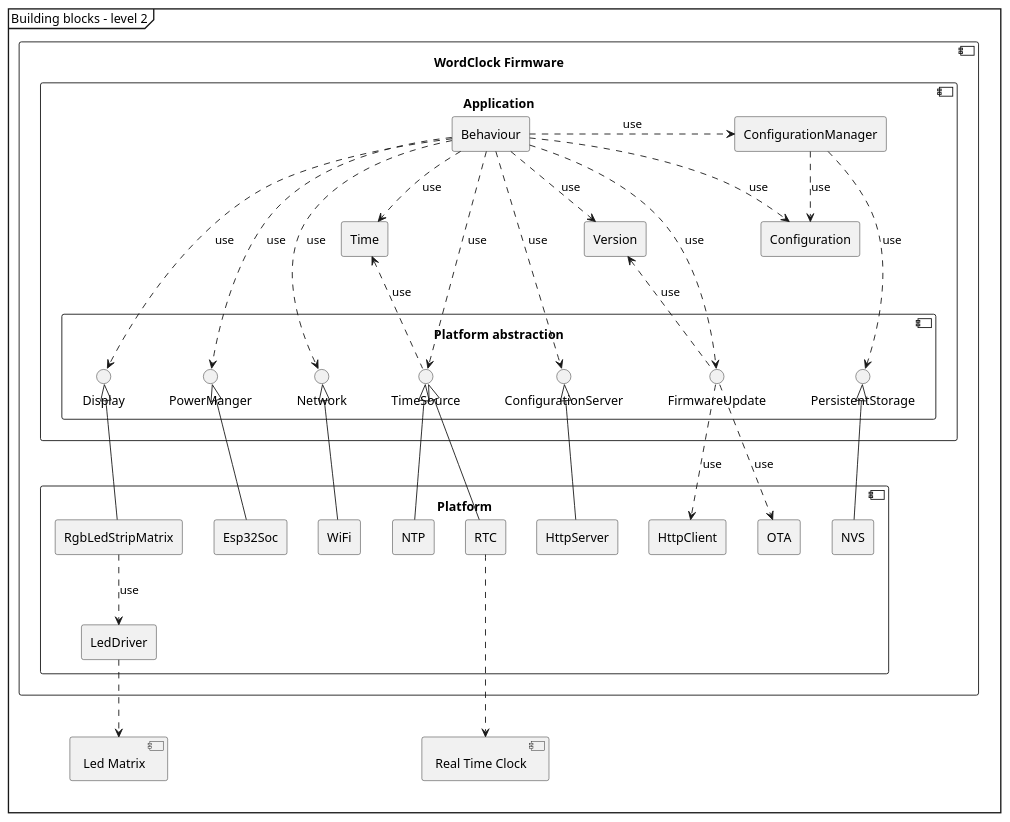
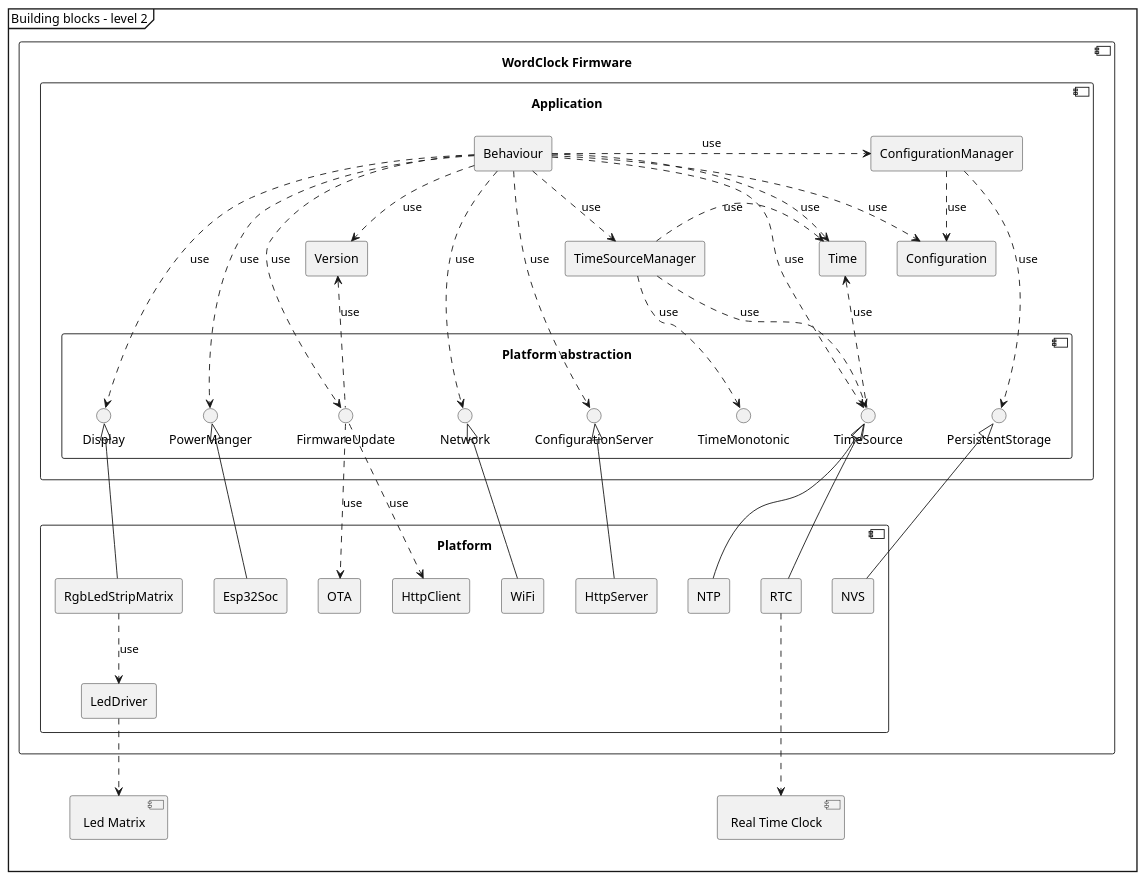
Before and after one commit to lmayencourt/wordclock: the diagram in doc/uml/2_solution_description/system_structure/building_blocks_lvl_2.puml, drawn with PlantUML. The commit also changed 6 other files, not shown here.

First line of the commit message:
Add time source manager

```diff
--- a/doc/uml/2_solution_description/system_structure/building_blocks_lvl_2.puml
+++ b/doc/uml/2_solution_description/system_structure/building_blocks_lvl_2.puml
@@ -1,69 +1,75 @@
 @startuml
 mainframe Building blocks - level 2
 
 component "WordClock Firmware" as clk_fw{
     component Application {
         rectangle Behaviour
         rectangle Configuration
         rectangle ConfigurationManager
         rectangle Version
+        rectangle TimeSourceManager
         rectangle Time
 
         component "Platform abstraction" as pal {
             interface Display
             interface PersistentStorage
             interface PowerManger
             interface Network
+            interface TimeMonotonic
             interface TimeSource
             interface FirmwareUpdate
             interface ConfigurationServer
         }
     }
 
     component Platform {
         rectangle Esp32Soc
         rectangle RgbLedStripMatrix
         rectangle LedDriver
         rectangle NTP
         rectangle RTC
         rectangle NVS
         rectangle WiFi
         rectangle HttpClient
         rectangle OTA
         rectangle HttpServer
     }
 }
 
 component "Real Time Clock" as Rtc
 component "Led Matrix" as Led_matrix
 
 Behaviour .> Configuration: use
 Behaviour .> ConfigurationManager: use
 Behaviour .> Time: use
 Behaviour ..> Network: use
 Behaviour ..> Display: use
 Behaviour ..> Version: use
 Behaviour ..> FirmwareUpdate: use
+Behaviour ..> TimeSourceManager: use
 Behaviour ..> TimeSource: use
 Behaviour ..> ConfigurationServer: use
 Behaviour ..> PowerManger: use
+TimeSourceManager .> Time: use
+TimeSourceManager ..> TimeMonotonic: use
+TimeSourceManager ..> TimeSource: use
 Time <.. TimeSource: use
 ConfigurationManager ..> PersistentStorage: use
 ConfigurationManager ..> Configuration: use
 Version <.. FirmwareUpdate: use
 
 Display <|-- RgbLedStripMatrix
 RgbLedStripMatrix ..> LedDriver: use
 PersistentStorage <|-- NVS
 Network <|-- WiFi
 TimeSource <|-- NTP
 TimeSource <|-- RTC
 ConfigurationServer <|-- HttpServer
 FirmwareUpdate ..> OTA: use
 FirmwareUpdate ..> HttpClient: use
 PowerManger <|-- Esp32Soc
 
 RTC ...> Rtc
 LedDriver ..> Led_matrix
 
 @enduml
```
